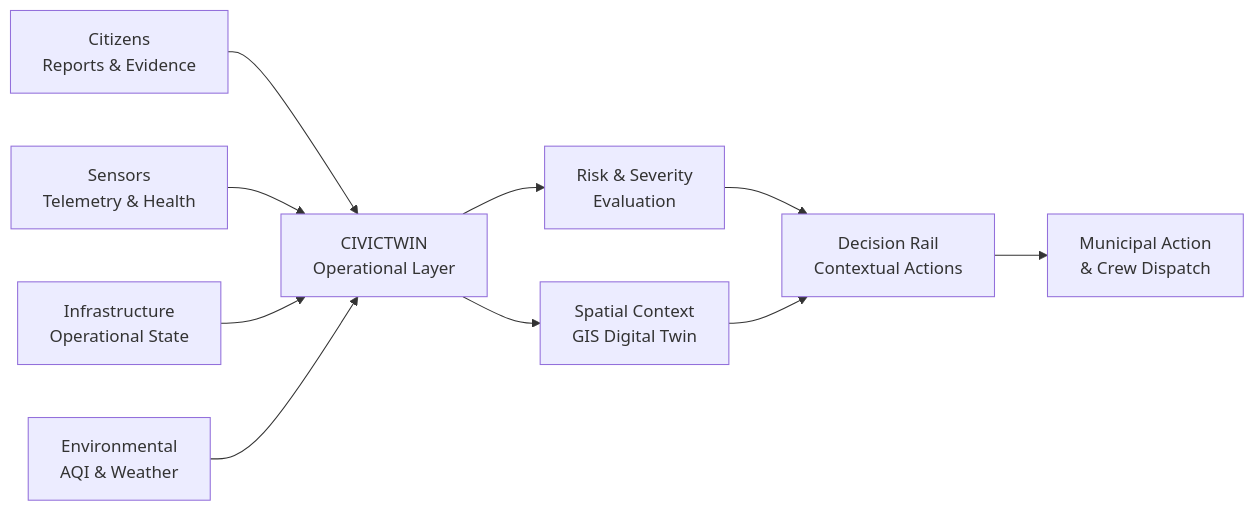
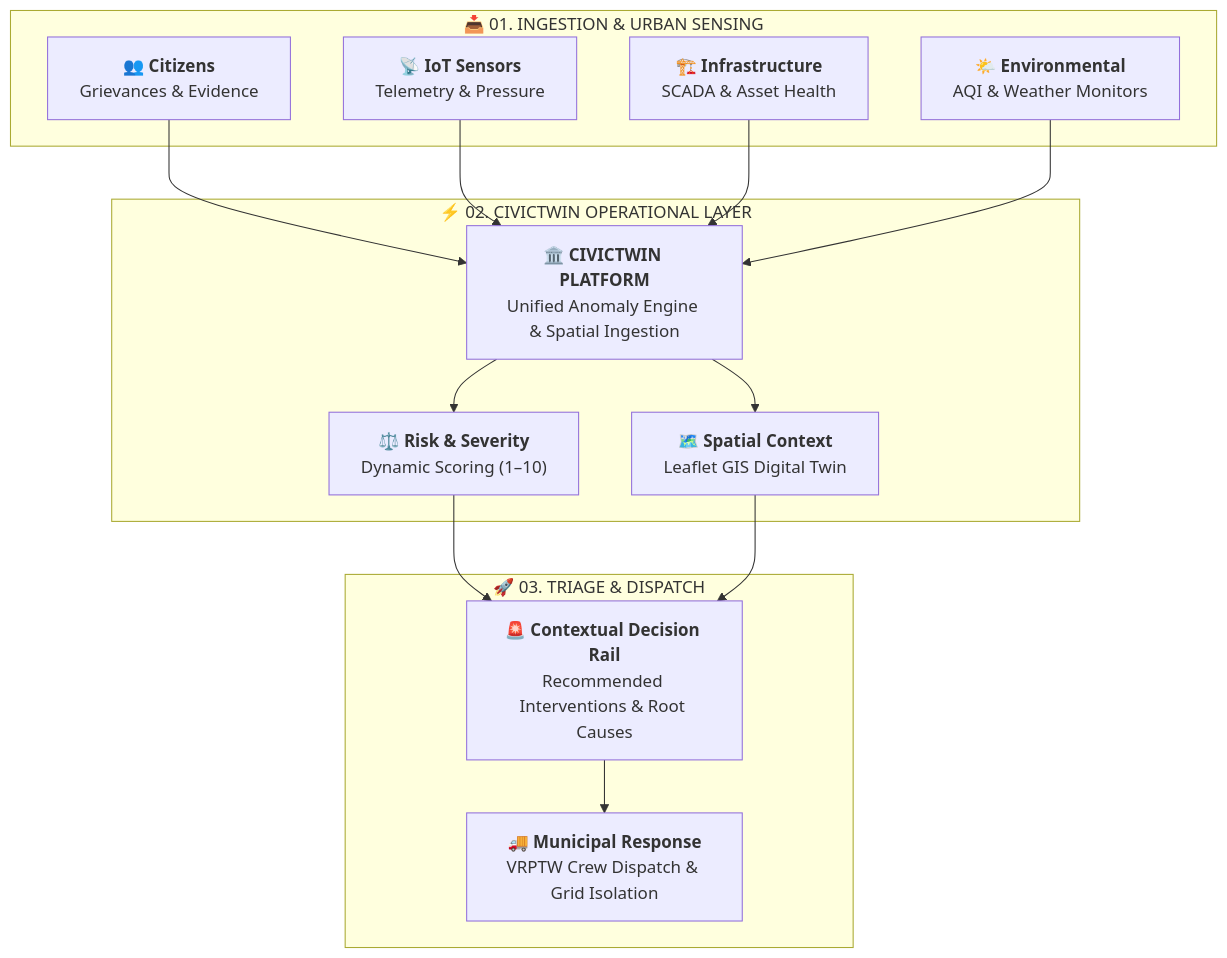
Before and after one commit to SIDDHARTHXMEUR/CIVICTWIN: the first of 5 diagrams in README.md, drawn with Mermaid. The commit also changed other lines of this file, not shown here.

Commit message:
docs: scale up Mermaid diagrams with vertical structured subgraphs for high-visibility GitHub rendering

````diff
--- a/README.md
+++ b/README.md
@@ -43,22 +43,25 @@
 ```mermaid
-flowchart LR 
-    C["Citizens<br/>Reports & Evidence"] 
-    S["Sensors<br/>Telemetry & Health"] 
-    I["Infrastructure<br/>Operational State"] 
-    E["Environmental<br/>AQI & Weather"] 
-    T["CIVICTWIN<br/>Operational Layer"] 
-    R["Risk & Severity<br/>Evaluation"] 
-    M["Spatial Context<br/>GIS Digital Twin"] 
-    D["Decision Rail<br/>Contextual Actions"] 
-    A["Municipal Action<br/>& Crew Dispatch"] 
+flowchart TD
+    subgraph INGESTION ["📥 01. INGESTION & URBAN SENSING"]
+        C["<b>👥 Citizens</b><br/>Grievances & Evidence"]
+        S["<b>📡 IoT Sensors</b><br/>Telemetry & Pressure"]
+        I["<b>🏗️ Infrastructure</b><br/>SCADA & Asset Health"]
+        E["<b>🌤️ Environmental</b><br/>AQI & Weather Monitors"]
+    end
 
-    C --> T 
-    S --> T 
-    I --> T 
-    E --> T 
-    T --> R 
-    T --> M 
-    R --> D 
-    M --> D 
+    subgraph ENGINE ["⚡ 02. CIVICTWIN OPERATIONAL LAYER"]
+        T["<b>🏛️ CIVICTWIN PLATFORM</b><br/>Unified Anomaly Engine & Spatial Ingestion"]
+        R["<b>⚖️ Risk & Severity</b><br/>Dynamic Scoring (1–10)"]
+        M["<b>🗺️ Spatial Context</b><br/>Leaflet GIS Digital Twin"]
+    end
+
+    subgraph RESOLUTION ["🚀 03. TRIAGE & DISPATCH"]
+        D["<b>🚨 Contextual Decision Rail</b><br/>Recommended Interventions & Root Causes"]
+        A["<b>🚚 Municipal Response</b><br/>VRPTW Crew Dispatch & Grid Isolation"]
+    end
+
+    C & S & I & E --> T
+    T --> R & M
+    R & M --> D
     D --> A
 ```
````
